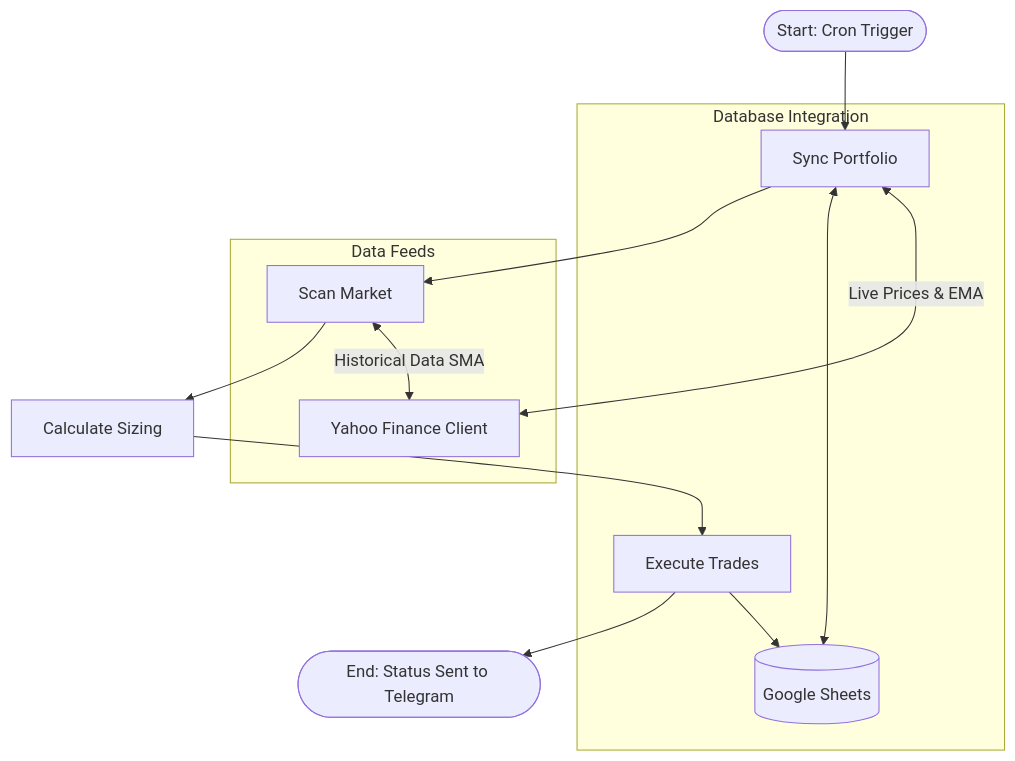
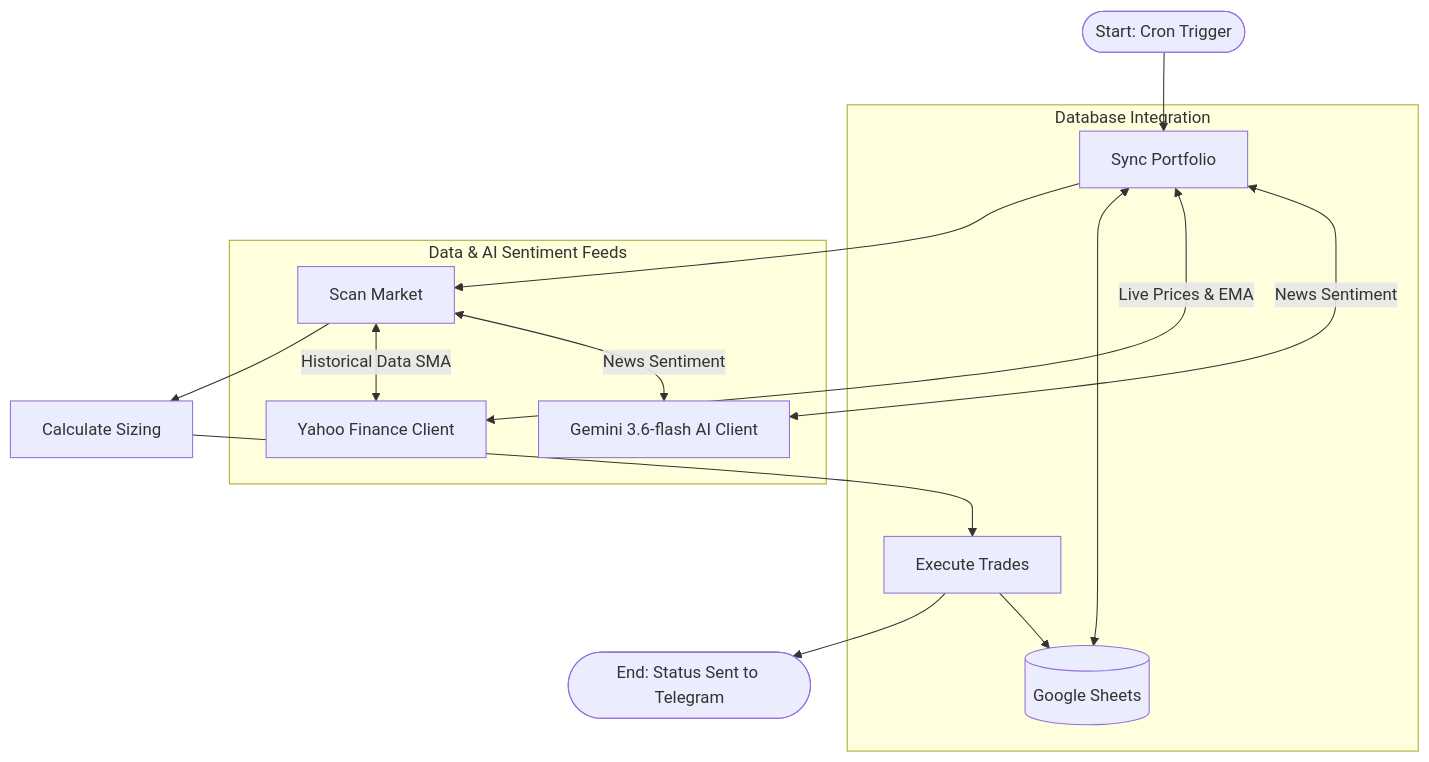
One commit to ckbasak/Swing-Trading changed the diagram in final_system_blueprint.md. Above: the diagram before and after it, drawn with Mermaid. The commit also changed other lines of this file and 5 other files, not shown here.

Commit message:
Implement AI News Sentiment Overlay Filter: add Google News RSS scraper, Gemini 3.6-flash sentiment scorer, macro Nifty blocker, micro SL tightener, and update manuals

````diff
--- a/final_system_blueprint.md
+++ b/final_system_blueprint.md
@@ -11,18 +11,20 @@
 ```mermaid
 graph TD
     A([Start: Cron Trigger]) --> B[Sync Portfolio]
     B --> C[Scan Market]
     C --> D[Calculate Sizing]
     D --> E[Execute Trades]
     E --> F([End: Status Sent to Telegram])
     
     subgraph Database Integration
         B <--> G[(Google Sheets)]
         E --> G
     end
     
-    subgraph Data Feeds
+    subgraph Data & AI Sentiment Feeds
         B <-- Live Prices & EMA --> I[Yahoo Finance Client]
         C <-- Historical Data SMA --> I
+        B <-- News Sentiment --> J[Gemini 3.6-flash AI Client]
+        C <-- News Sentiment --> J
     end
 ```
````
